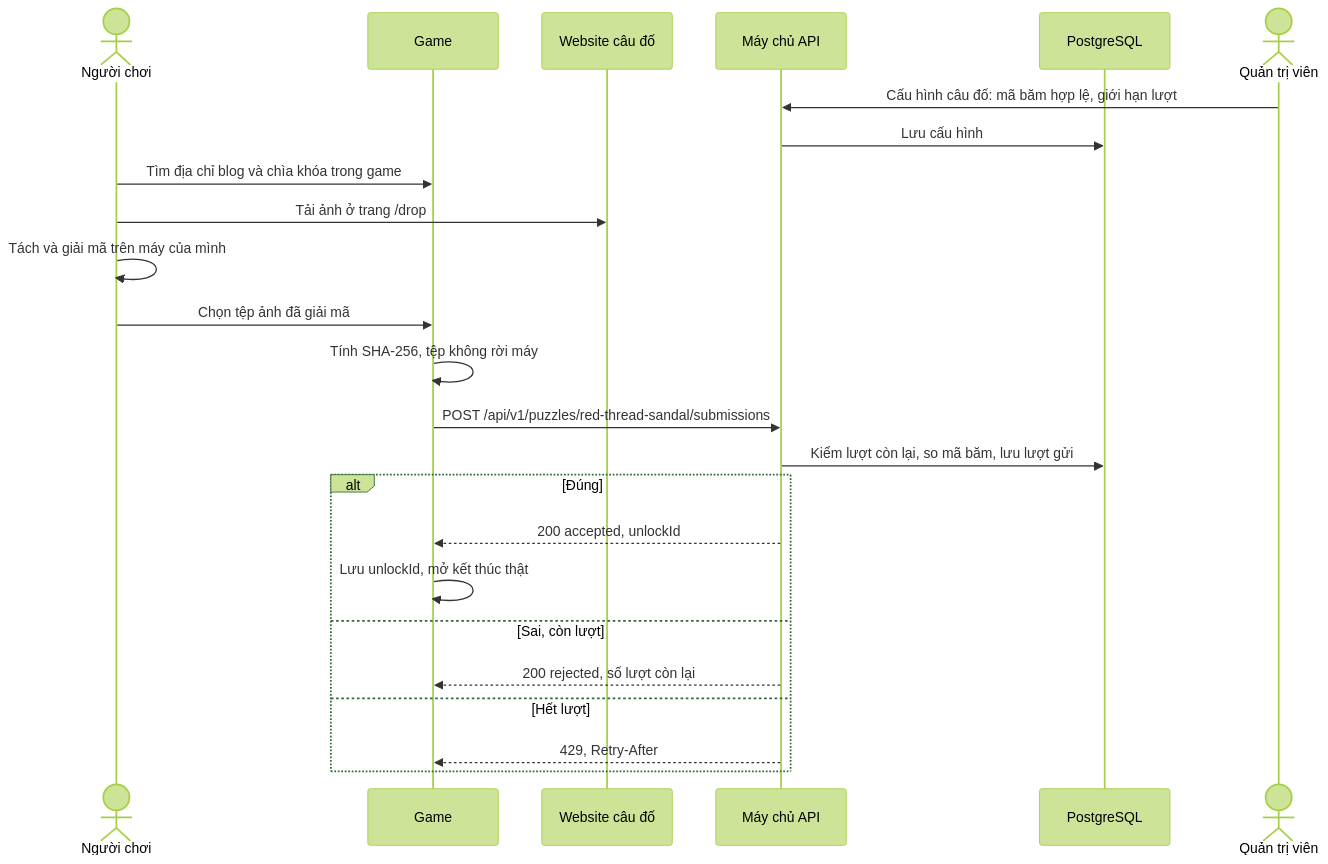
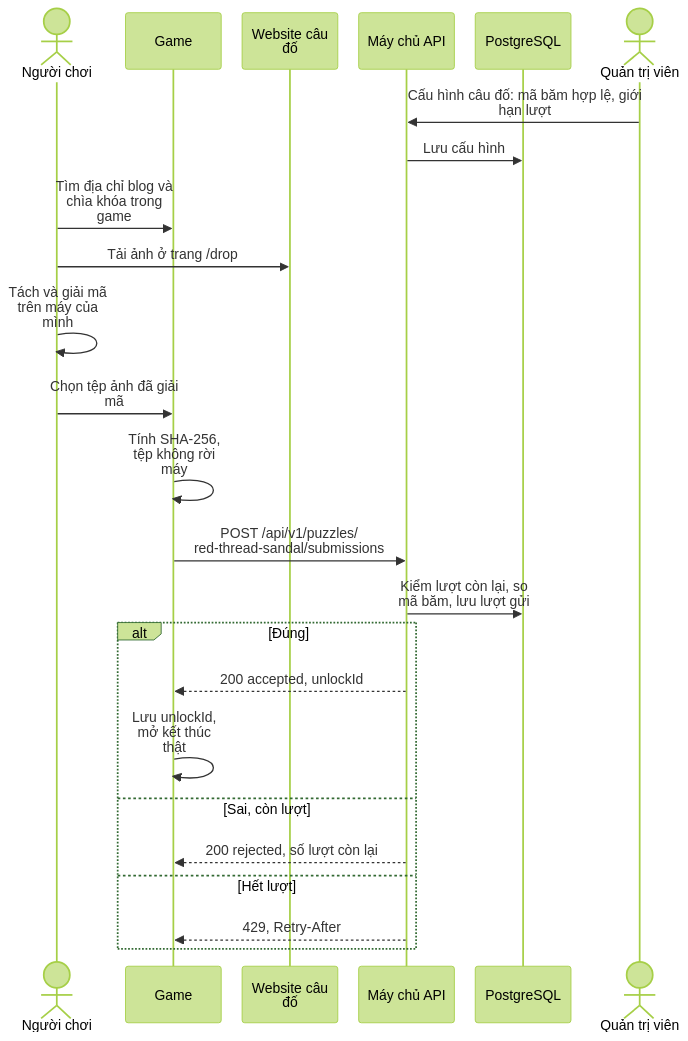
The third of 4 diagrams in docs/thiet-ke/kien-truc-he-thong.md (qivarnq3g/3-gio-12), drawn with Mermaid (forest theme) before and after one commit. The commit also changed other lines of this file and 23 other files, not shown here.

````diff
--- a/docs/thiet-ke/kien-truc-he-thong.md
+++ b/docs/thiet-ke/kien-truc-he-thong.md
@@ -159,27 +165,28 @@
 ```mermaid
+%%{init: {"sequence": {"actorMargin": 24, "width": 110, "wrap": true, "messageMargin": 30}}}%%
 sequenceDiagram
     actor P as Người chơi
     participant G as Game
     participant W as Website câu đố
     participant A as Máy chủ API
     participant D as PostgreSQL
     actor M as Quản trị viên
 
     M->>A: Cấu hình câu đố: mã băm hợp lệ, giới hạn lượt
     A->>D: Lưu cấu hình
     P->>G: Tìm địa chỉ blog và chìa khóa trong game
     P->>W: Tải ảnh ở trang /drop
     P->>P: Tách và giải mã trên máy của mình
     P->>G: Chọn tệp ảnh đã giải mã
     G->>G: Tính SHA-256, tệp không rời máy
-    G->>A: POST /api/v1/puzzles/red-thread-sandal/submissions
+    G->>A: POST /api/v1/puzzles/<br/>red-thread-sandal/submissions
     A->>D: Kiểm lượt còn lại, so mã băm, lưu lượt gửi
     alt Đúng
         A-->>G: 200 accepted, unlockId
         G->>G: Lưu unlockId, mở kết thúc thật
     else Sai, còn lượt
         A-->>G: 200 rejected, số lượt còn lại
     else Hết lượt
         A-->>G: 429, Retry-After
     end
 ```
````
